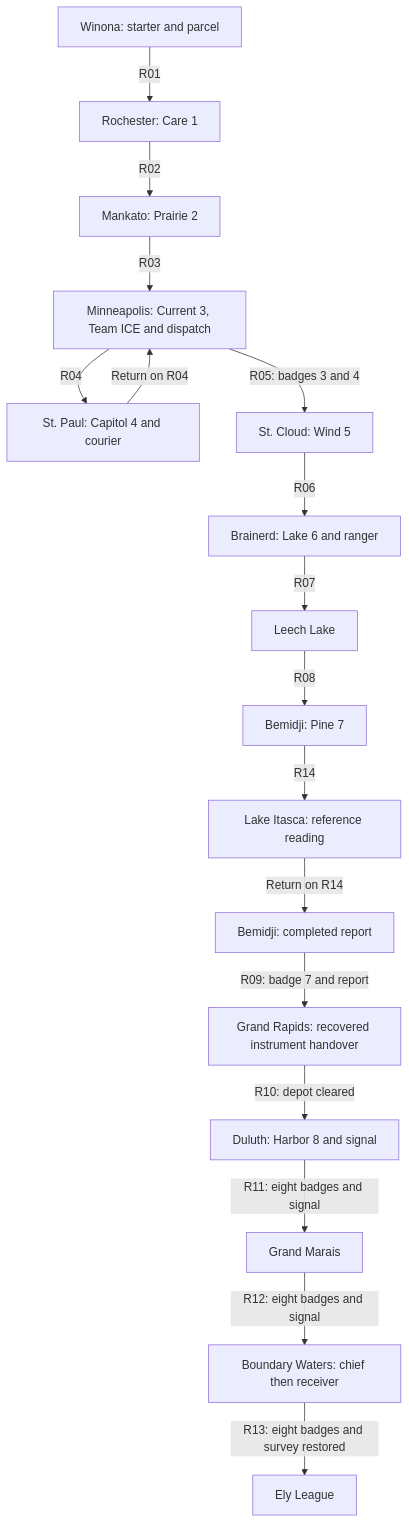
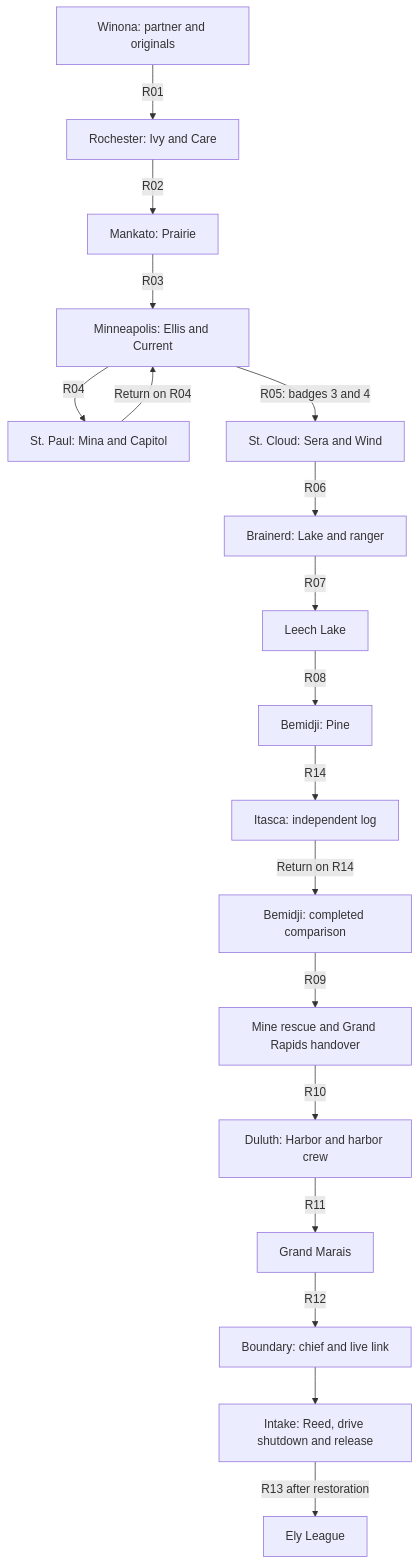
The diagram in planning/minnesota/PROGRESSION.md (TheCulliganMan/geothite), drawn with Mermaid before and after one commit. The commit also changed other lines of this file and 1544 other files, not shown here.

````diff
--- a/planning/minnesota/PROGRESSION.md
+++ b/planning/minnesota/PROGRESSION.md
@@ -32,19 +12,20 @@
 ```mermaid
 flowchart TD
- W[Winona: starter and parcel] -->|R01| R[Rochester: Care 1]
- R -->|R02| M[Mankato: Prairie 2]
- M -->|R03| MP[Minneapolis: Current 3, Team ICE and dispatch]
- MP -->|R04| SP[St. Paul: Capitol 4 and courier]
+ W[Winona: partner and originals] -->|R01| R[Rochester: Ivy and Care]
+ R -->|R02| M[Mankato: Prairie]
+ M -->|R03| MP[Minneapolis: Ellis and Current]
+ MP -->|R04| SP[St. Paul: Mina and Capitol]
  SP -->|Return on R04| MP
- MP -->|R05: badges 3 and 4| SC[St. Cloud: Wind 5]
- SC -->|R06| B[Brainerd: Lake 6 and ranger]
+ MP -->|R05: badges 3 and 4| SC[St. Cloud: Sera and Wind]
+ SC -->|R06| B[Brainerd: Lake and ranger]
  B -->|R07| LL[Leech Lake]
- LL -->|R08| BE[Bemidji: Pine 7]
- BE -->|R14| I[Lake Itasca: reference reading]
- I -->|Return on R14| BR[Bemidji: completed report]
- BR -->|R09: badge 7 and report| GR[Grand Rapids: recovered instrument handover]
- GR -->|R10: depot cleared| D[Duluth: Harbor 8 and signal]
- D -->|R11: eight badges and signal| GM[Grand Marais]
- GM -->|R12: eight badges and signal| BW[Boundary Waters: chief then receiver]
- BW -->|R13: eight badges and survey restored| E[Ely League]
+ LL -->|R08| BE[Bemidji: Pine]
+ BE -->|R14| I[Itasca: independent log]
+ I -->|Return on R14| BR[Bemidji: completed comparison]
+ BR -->|R09| GR[Mine rescue and Grand Rapids handover]
+ GR -->|R10| D[Duluth: Harbor and harbor crew]
+ D -->|R11| GM[Grand Marais]
+ GM -->|R12| BW[Boundary: chief and live link]
+ BW --> IN[Intake: Reed, drive shutdown and release]
+ IN -->|R13 after restoration| E[Ely League]
 ```
````
